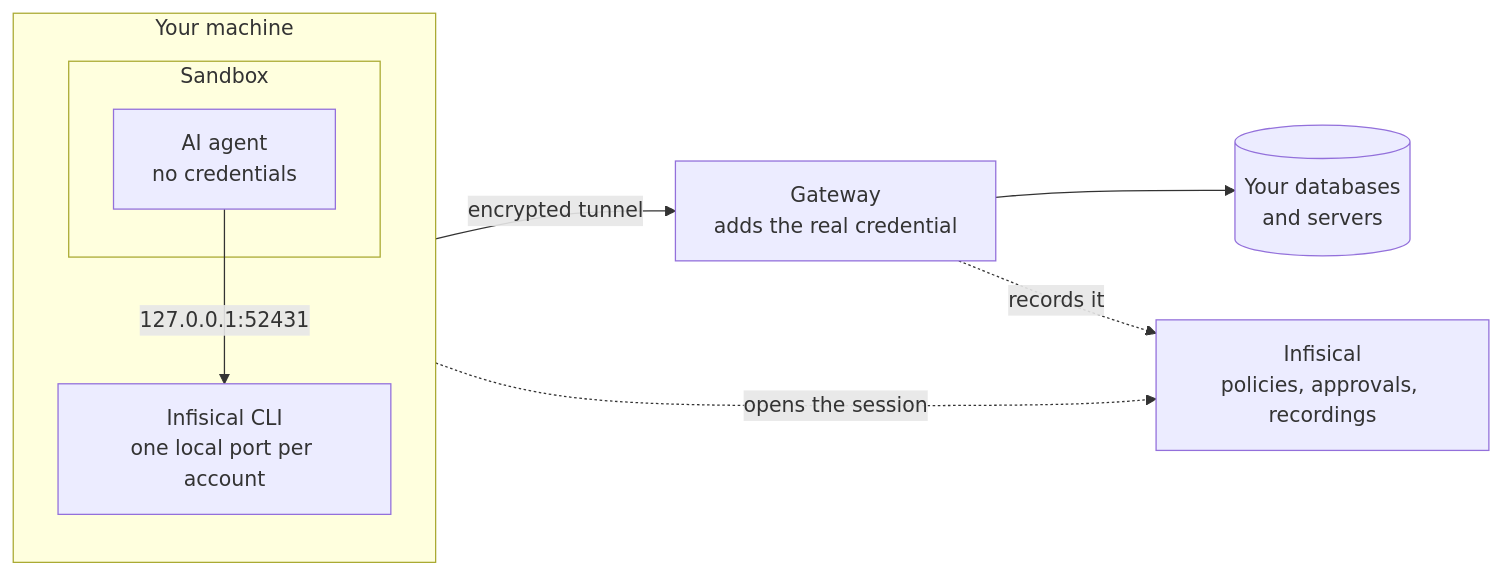
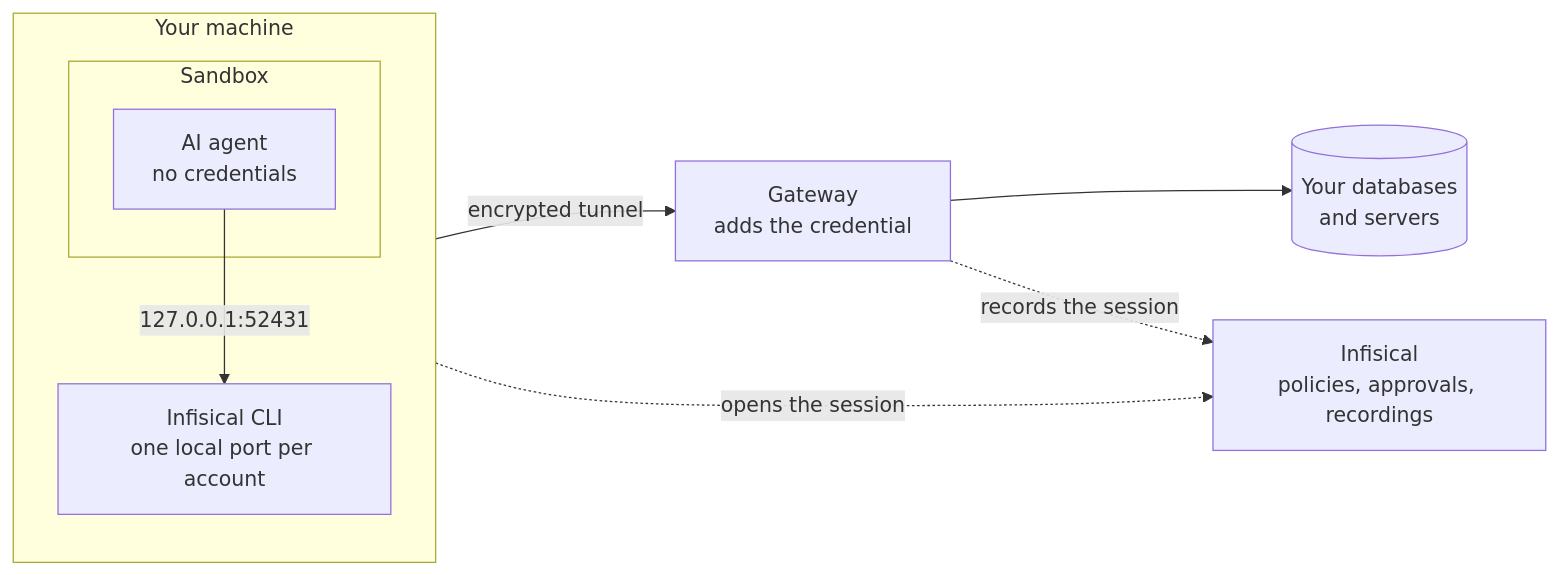
Before and after one commit to Infisical/infisical: the diagram in docs/documentation/platform/pam/ai-agents/overview.mdx, drawn with Mermaid. The commit also changed other lines of this file and 58 other files, not shown here.

````diff
--- a/docs/documentation/platform/pam/ai-agents/overview.mdx
+++ b/docs/documentation/platform/pam/ai-agents/overview.mdx
@@ -21,20 +21,20 @@
 ```mermaid
 flowchart LR
   subgraph machine["Your machine"]
     direction TB
     subgraph box["Sandbox"]
       AGENT["AI agent<br/>no credentials"]
     end
     CLI["Infisical CLI<br/>one local port per account"]
   end
 
-  GW["Gateway<br/>adds the real credential"]
+  GW["Gateway<br/>adds the credential"]
   TARGET[("Your databases<br/>and servers")]
   INF["Infisical<br/>policies, approvals, recordings"]
 
   AGENT -->|"127.0.0.1:52431"| CLI
   CLI -->|"encrypted tunnel"| GW
   GW --> TARGET
   CLI -.->|"opens the session"| INF
-  GW -.->|"records it"| INF
+  GW -.->|"records the session"| INF
 ```
````
